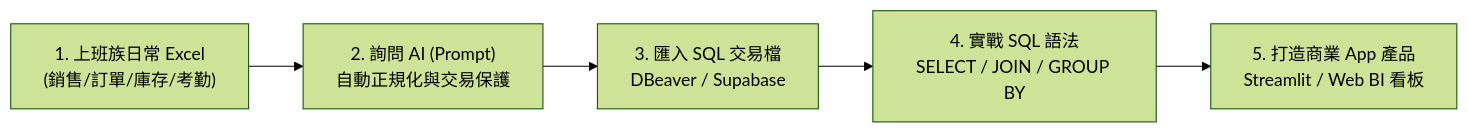
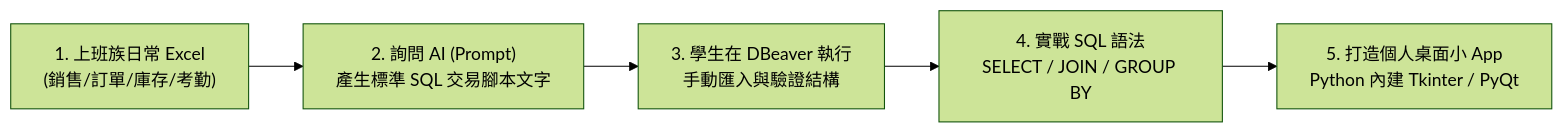
One commit to roberthsu2003/postgreSQL_MCP changed the diagram in 範例資料庫/README.md. Above: the diagram before and after it, drawn with Mermaid (forest theme). The commit also changed other lines of this file and 18 other files, not shown here.

````diff
--- a/範例資料庫/README.md
+++ b/範例資料庫/README.md
@@ -13,7 +26,7 @@
 ```mermaid
 flowchart LR
-    A["1. 上班族日常 Excel<br>(銷售/訂單/庫存/考勤)"] --> B["2. 詢問 AI (Prompt)<br>自動正規化與交易保護"]
-    B --> C["3. 匯入 SQL 交易檔<br>DBeaver / Supabase"]
+    A["1. 上班族日常 Excel<br>(銷售/訂單/庫存/考勤)"] --> B["2. 詢問 AI (Prompt)<br>產生標準 SQL 交易腳本文字"]
+    B --> C["3. 學生在 DBeaver 執行<br>手動匯入與驗證結構"]
     C --> D["4. 實戰 SQL 語法<br>SELECT / JOIN / GROUP BY"]
-    D --> E["5. 打造商業 App 產品<br>Streamlit / Web BI 看板"]
+    D --> E["5. 打造個人桌面小 App<br>Python 內建 Tkinter / PyQt"]
 ```
````
